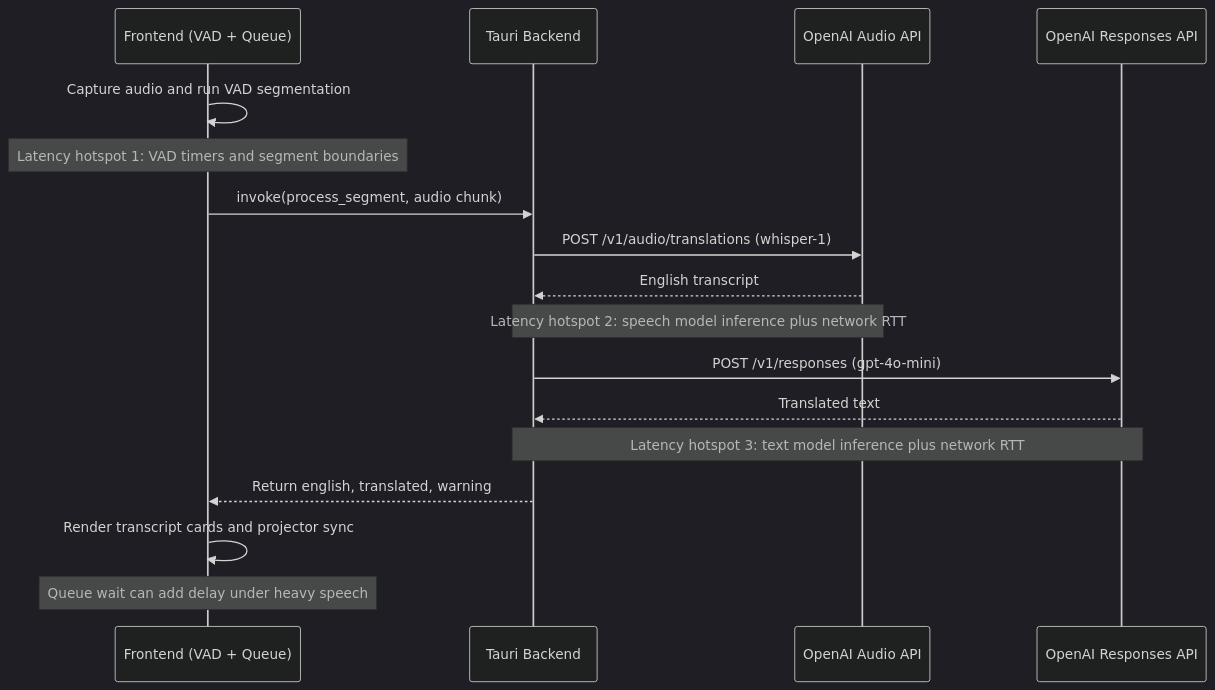
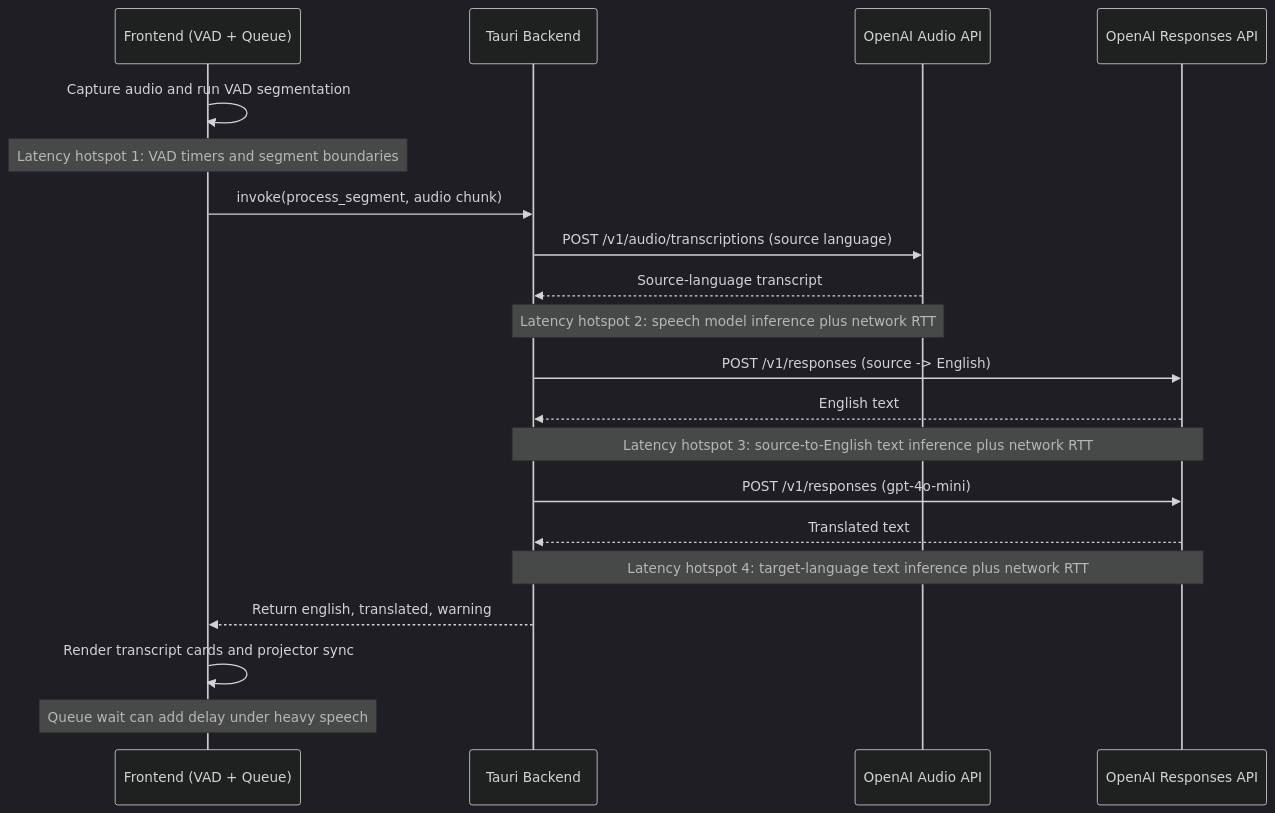
The diagram in docs/TRANSLATION_PIPELINE.md (Championzb/church-live-audio-stream-translate), drawn with Mermaid (dark theme) before and after one commit. The commit also changed other lines of this file and 2 other files, not shown here.

Commit message:
Switch non-English pipeline to source-language transcriptions

````diff
--- a/docs/TRANSLATION_PIPELINE.md
+++ b/docs/TRANSLATION_PIPELINE.md
@@ -36,23 +36,27 @@
 ```mermaid
 sequenceDiagram
   participant FE as Frontend (VAD + Queue)
   participant BE as Tauri Backend
   participant OA as OpenAI Audio API
   participant OR as OpenAI Responses API
 
   FE->>FE: Capture audio and run VAD segmentation
   Note over FE: Latency hotspot 1: VAD timers and segment boundaries
 
   FE->>BE: invoke(process_segment, audio chunk)
-  BE->>OA: POST /v1/audio/translations (whisper-1)
-  OA-->>BE: English transcript
+  BE->>OA: POST /v1/audio/transcriptions (source language)
+  OA-->>BE: Source-language transcript
   Note over OA,BE: Latency hotspot 2: speech model inference plus network RTT
+
+  BE->>OR: POST /v1/responses (source -> English)
+  OR-->>BE: English text
+  Note over OR,BE: Latency hotspot 3: source-to-English text inference plus network RTT
 
   BE->>OR: POST /v1/responses (gpt-4o-mini)
   OR-->>BE: Translated text
-  Note over OR,BE: Latency hotspot 3: text model inference plus network RTT
+  Note over OR,BE: Latency hotspot 4: target-language text inference plus network RTT
 
   BE-->>FE: Return english, translated, warning
   FE->>FE: Render transcript cards and projector sync
   Note over FE: Queue wait can add delay under heavy speech
 ```
````
